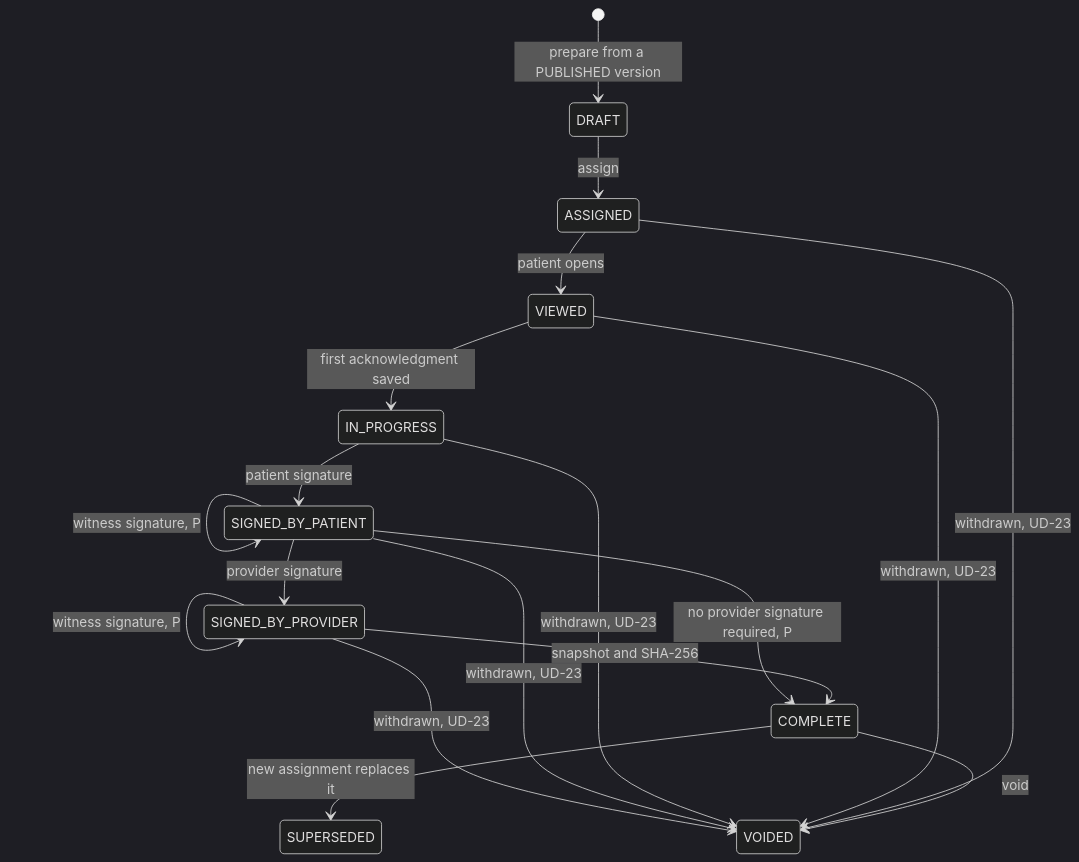
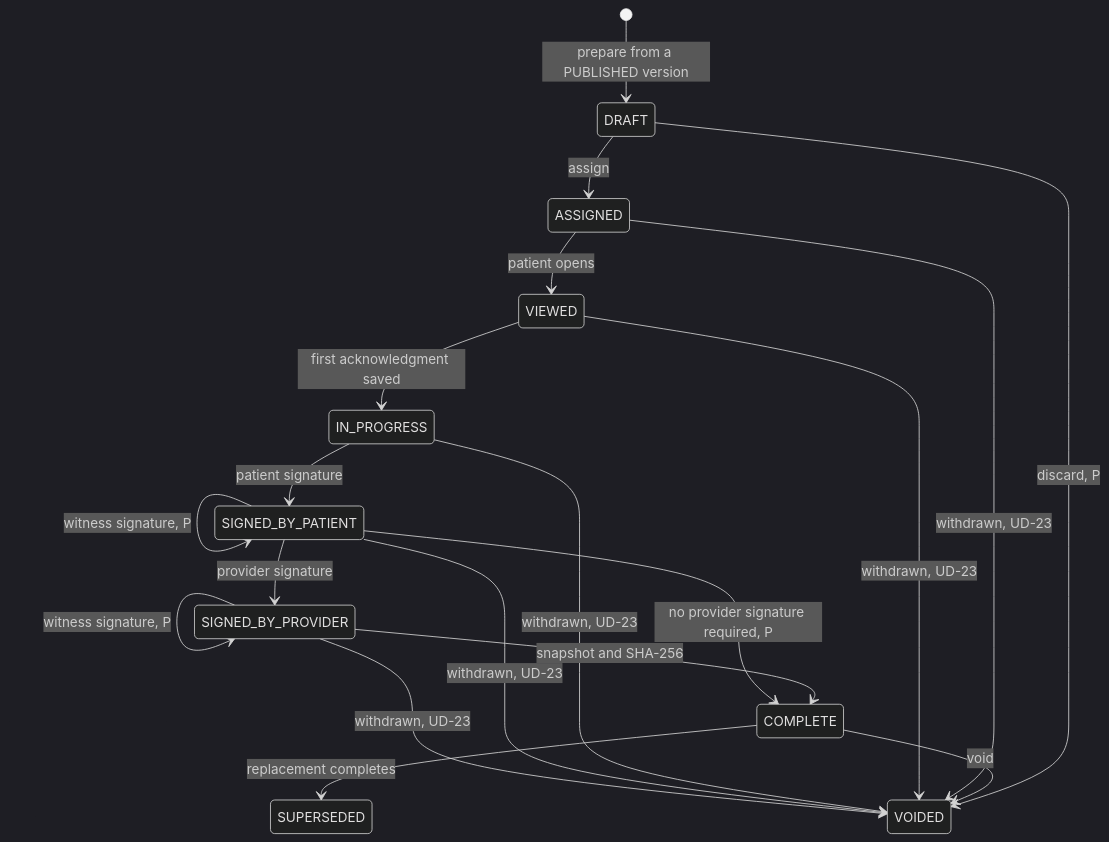
The seventh of 12 diagrams in docs/WORKFLOWS.md (cgibson24/Aestara), drawn with Mermaid (dark theme) before and after one commit. The commit also changed other lines of this file and 15 other files, not shown here.

````diff
--- a/docs/WORKFLOWS.md
+++ b/docs/WORKFLOWS.md
@@ -557,20 +561,21 @@
 ```mermaid
 stateDiagram-v2
   [*] --> DRAFT : prepare from a PUBLISHED version
   DRAFT --> ASSIGNED : assign
+  DRAFT --> VOIDED : discard, P
   ASSIGNED --> VIEWED : patient opens
   VIEWED --> IN_PROGRESS : first acknowledgment saved
   IN_PROGRESS --> SIGNED_BY_PATIENT : patient signature
   SIGNED_BY_PATIENT --> SIGNED_BY_PATIENT : witness signature, P
   SIGNED_BY_PATIENT --> SIGNED_BY_PROVIDER : provider signature
   SIGNED_BY_PROVIDER --> SIGNED_BY_PROVIDER : witness signature, P
   SIGNED_BY_PROVIDER --> COMPLETE : snapshot and SHA-256
   SIGNED_BY_PATIENT --> COMPLETE : no provider signature required, P
   COMPLETE --> VOIDED : void
-  COMPLETE --> SUPERSEDED : new assignment replaces it
+  COMPLETE --> SUPERSEDED : replacement completes
   ASSIGNED --> VOIDED : withdrawn, UD-23
   VIEWED --> VOIDED : withdrawn, UD-23
   IN_PROGRESS --> VOIDED : withdrawn, UD-23
   SIGNED_BY_PATIENT --> VOIDED : withdrawn, UD-23
   SIGNED_BY_PROVIDER --> VOIDED : withdrawn, UD-23
 ```
````
